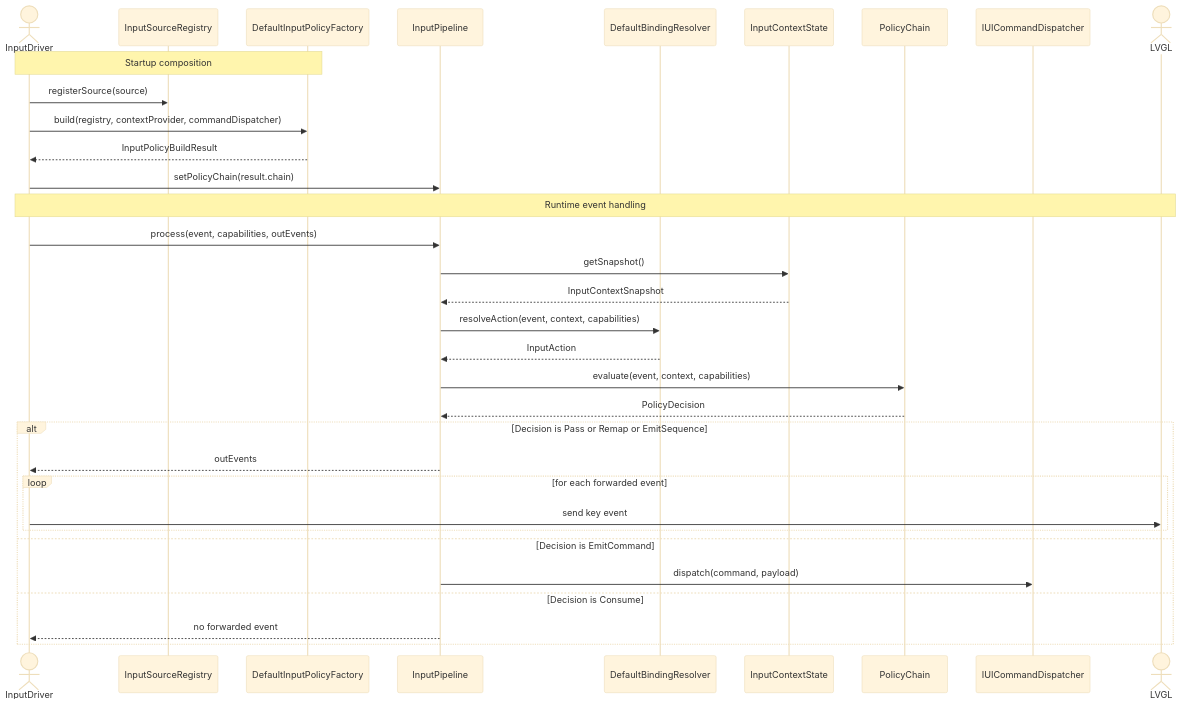
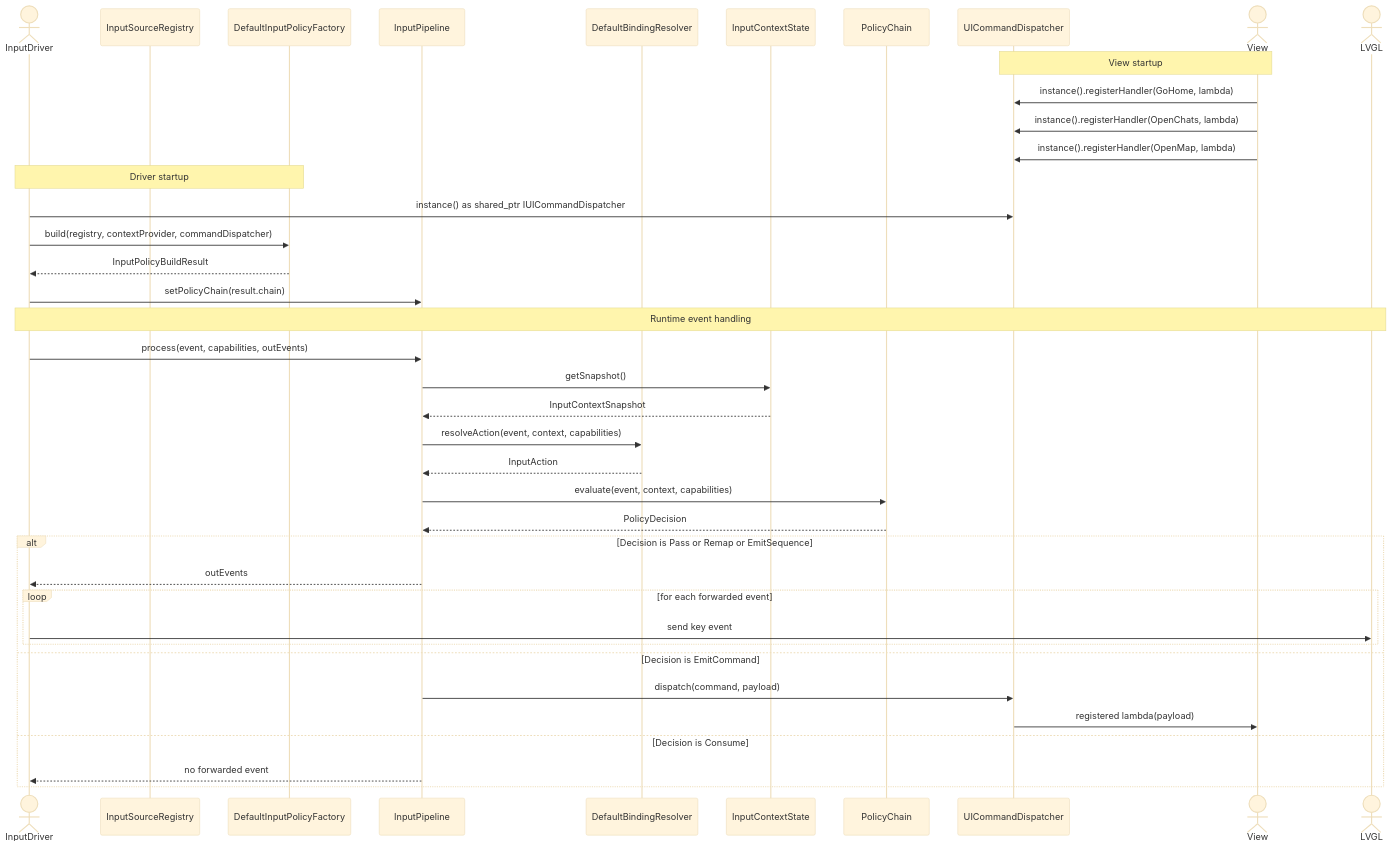
One commit to meshtastic/device-ui changed the second of 2 diagrams in docs/input-policy-strategy-design.md. Above: the diagram before and after it, drawn with Mermaid (base theme). The commit also changed other lines of this file, not shown here.

````diff
--- a/docs/input-policy-strategy-design.md
+++ b/docs/input-policy-strategy-design.md
@@ -185,38 +234,45 @@
 ```mermaid
 sequenceDiagram
    actor InputDriver
    participant Registry as InputSourceRegistry
    participant Factory as DefaultInputPolicyFactory
    participant Pipeline as InputPipeline
    participant Resolver as DefaultBindingResolver
    participant Context as InputContextState
    participant Chain as PolicyChain
-   participant Dispatcher as IUICommandDispatcher
+   participant Dispatcher as UICommandDispatcher
+   actor View
    actor LVGL
 
-   Note over InputDriver,Factory: Startup composition
-   InputDriver->>Registry: registerSource(source)
+   Note over View,Dispatcher: View startup
+   View->>Dispatcher: instance().registerHandler(GoHome, lambda)
+   View->>Dispatcher: instance().registerHandler(OpenChats, lambda)
+   View->>Dispatcher: instance().registerHandler(OpenMap, lambda)
+
+   Note over InputDriver,Factory: Driver startup
+   InputDriver->>Dispatcher: instance() as shared_ptr IUICommandDispatcher
    InputDriver->>Factory: build(registry, contextProvider, commandDispatcher)
    Factory-->>InputDriver: InputPolicyBuildResult
    InputDriver->>Pipeline: setPolicyChain(result.chain)
 
    Note over InputDriver,LVGL: Runtime event handling
    InputDriver->>Pipeline: process(event, capabilities, outEvents)
    Pipeline->>Context: getSnapshot()
    Context-->>Pipeline: InputContextSnapshot
    Pipeline->>Resolver: resolveAction(event, context, capabilities)
    Resolver-->>Pipeline: InputAction
    Pipeline->>Chain: evaluate(event, context, capabilities)
    Chain-->>Pipeline: PolicyDecision
 
    alt Decision is Pass or Remap or EmitSequence
       Pipeline-->>InputDriver: outEvents
       loop for each forwarded event
          InputDriver->>LVGL: send key event
       end
    else Decision is EmitCommand
       Pipeline->>Dispatcher: dispatch(command, payload)
+      Dispatcher->>View: registered lambda(payload)
    else Decision is Consume
       Pipeline-->>InputDriver: no forwarded event
    end
 ```
````
